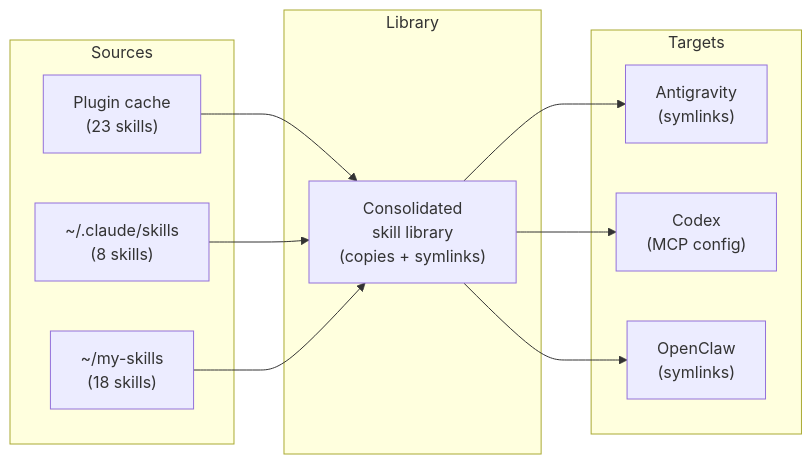
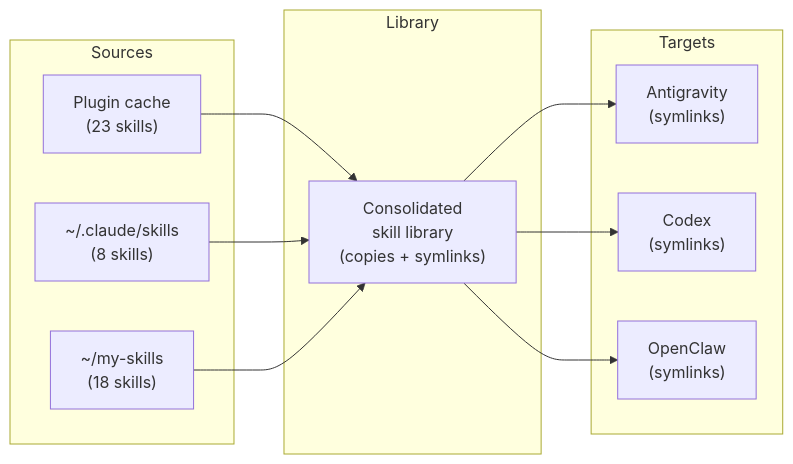
One commit to MartinP7r/tome changed the diagram in README.md. Above: the diagram before and after it, drawn with Mermaid. The commit also changed other lines of this file and 10 other files, not shown here.

````diff
--- a/README.md
+++ b/README.md
@@ -68,25 +67,25 @@
 ```mermaid
 graph LR
     subgraph Sources
         S1["Plugin cache<br/>(23 skills)"]
         S2["~/.claude/skills<br/>(8 skills)"]
         S3["~/my-skills<br/>(18 skills)"]
     end
 
     subgraph Library
         L["Consolidated<br/>skill library<br/>(copies + symlinks)"]
     end
 
     subgraph Targets
         T1["Antigravity<br/>(symlinks)"]
-        T2["Codex<br/>(MCP config)"]
+        T2["Codex<br/>(symlinks)"]
         T3["OpenClaw<br/>(symlinks)"]
     end
 
     S1 --> L
     S2 --> L
     S3 --> L
     L --> T1
     L --> T2
     L --> T3
 ```
````
